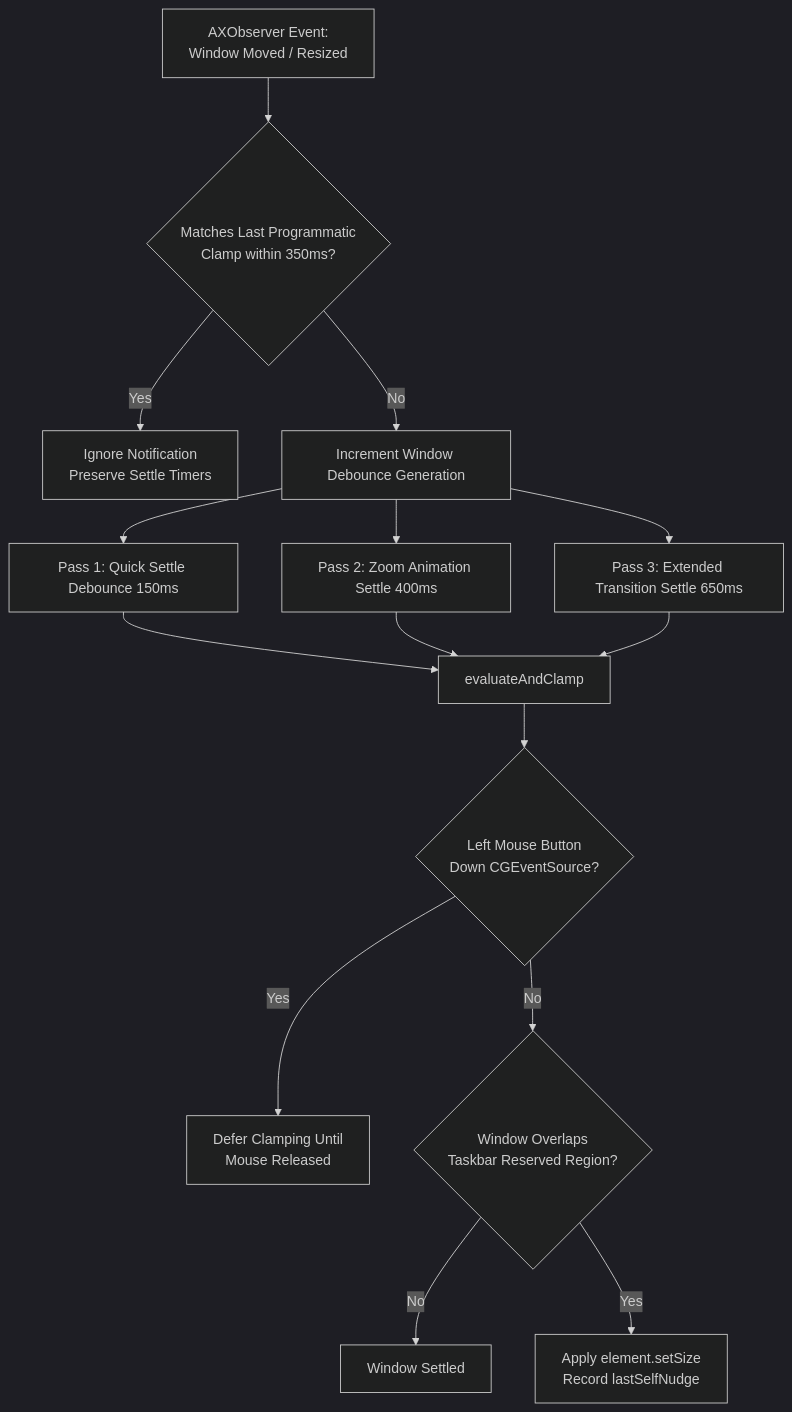
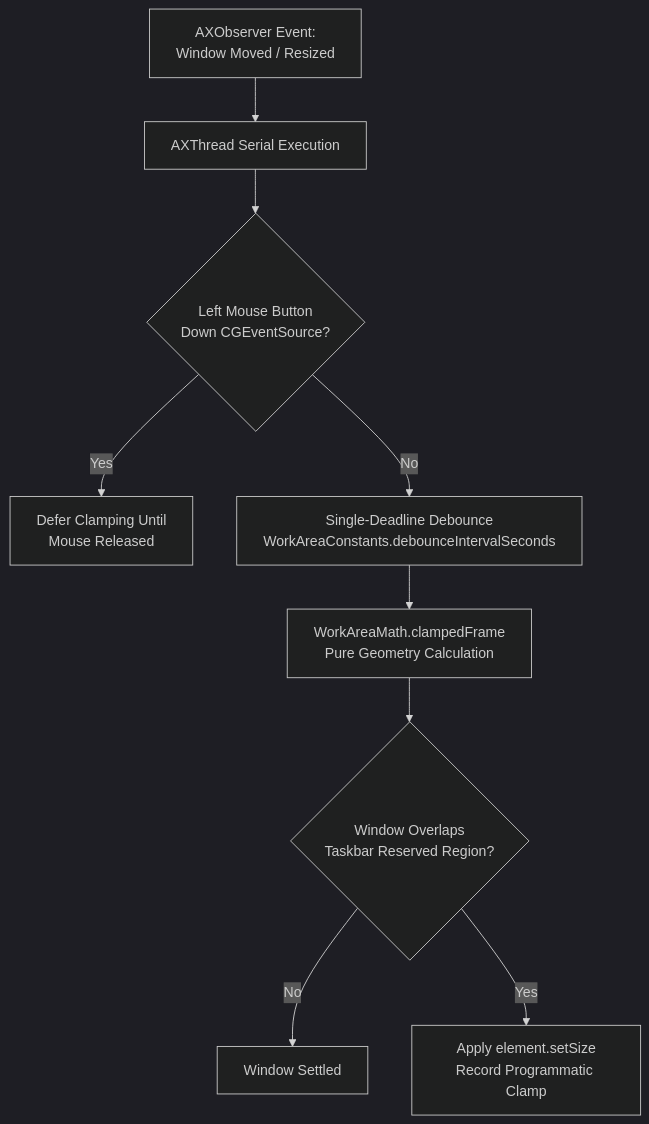
Before and after one commit to obertguo/macos-taskbar: the fourth of 7 diagrams in docs/ARCHITECTURE.md, drawn with Mermaid (dark theme). The commit also changed other lines of this file and 30 other files, not shown here.

````diff
--- a/docs/ARCHITECTURE.md
+++ b/docs/ARCHITECTURE.md
@@ -226,21 +226,13 @@
 ```mermaid
 flowchart TD
-    AX["AXObserver Event:<br/>Window Moved / Resized"] --> SelfFilter{"Matches Last Programmatic<br/>Clamp within 350ms?"}
-    SelfFilter -- Yes --> Ignore["Ignore Notification<br/>Preserve Settle Timers"]
-    SelfFilter -- No --> Gen["Increment Window Debounce Generation"]
+    AX["AXObserver Event:<br/>Window Moved / Resized"] --> ThreadCheck["AXThread Serial Execution"]
+    ThreadCheck --> MouseCheck{"Left Mouse Button<br/>Down CGEventSource?"}
+    MouseCheck -- Yes --> Defer["Defer Clamping Until<br/>Mouse Released"]
+    MouseCheck -- No --> Debounce["Single-Deadline Debounce<br/>WorkAreaConstants.debounceIntervalSeconds"]
     
-    Gen --> P1["Pass 1: Quick Settle Debounce 150ms"]
-    Gen --> P2["Pass 2: Zoom Animation Settle 400ms"]
-    Gen --> P3["Pass 3: Extended Transition Settle 650ms"]
-    
-    P1 --> Eval["evaluateAndClamp"]
-    P2 --> Eval
-    P3 --> Eval
-    
-    Eval --> MouseCheck{"Left Mouse Button<br/>Down CGEventSource?"}
-    MouseCheck -- Yes --> Defer["Defer Clamping Until<br/>Mouse Released"]
-    MouseCheck -- No --> OverlapCheck{"Window Overlaps<br/>Taskbar Reserved Region?"}
+    Debounce --> Eval["WorkAreaMath.clampedFrame<br/>Pure Geometry Calculation"]
+    Eval --> OverlapCheck{"Window Overlaps<br/>Taskbar Reserved Region?"}
     
     OverlapCheck -- No --> Done["Window Settled"]
-    OverlapCheck -- Yes --> Clamp["Apply element.setSize<br/>Record lastSelfNudge"]
+    OverlapCheck -- Yes --> Clamp["Apply element.setSize<br/>Record Programmatic Clamp"]
 ```
````
